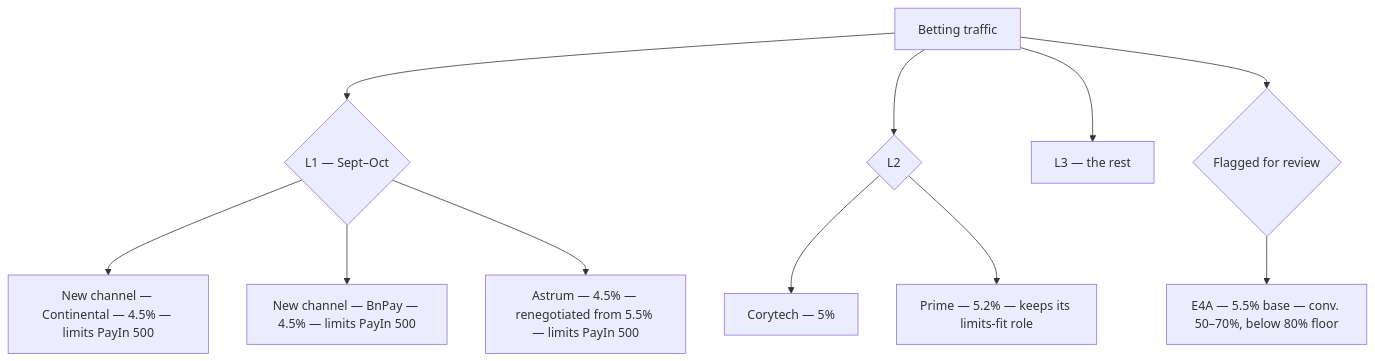
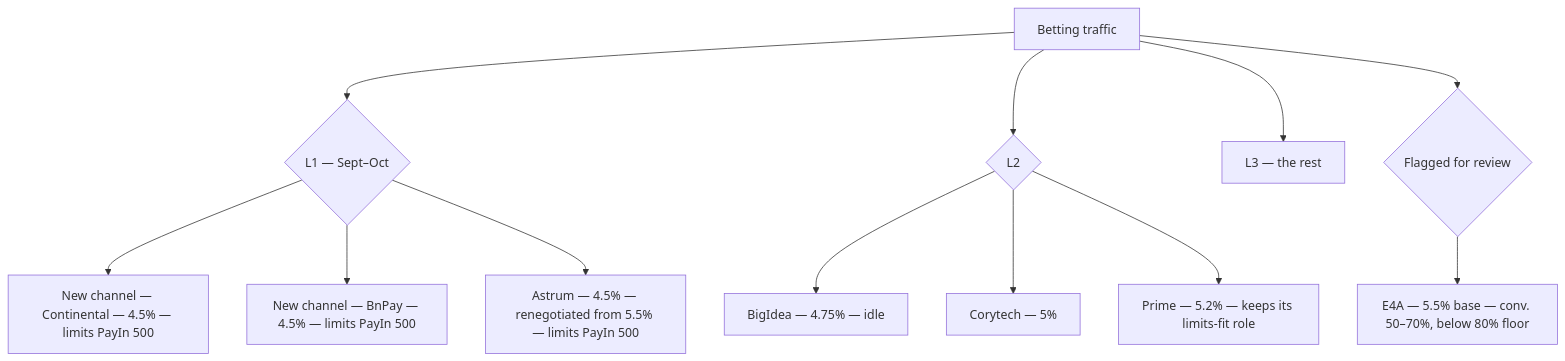
One commit to JoJ-se/incas-geo-expansion-pack changed the second of 9 diagrams in docs/payment_cascades.md. Above: the diagram before and after it, drawn with Mermaid. The commit also changed other lines of this file and 4 other files, not shown here.

First line of the commit message:
Full accuracy pass: fix missing BigIdea in Sept-Oct cascade, correct Inwizo Scenario B arithmetic, update stale README line

````diff
--- a/docs/payment_cascades.md
+++ b/docs/payment_cascades.md
@@ -37,13 +37,14 @@
 ```mermaid
 flowchart TD
     A[Betting traffic] --> L1{"L1 — Sept–Oct"}
     L1 --> Continental["New channel — Continental — 4.5% — limits PayIn 500"]
     L1 --> BnPay["New channel — BnPay — 4.5% — limits PayIn 500"]
     L1 --> Astrum["Astrum — 4.5% — renegotiated from 5.5% — limits PayIn 500"]
     A --> L2{"L2"}
+    L2 --> BigIdea["BigIdea — 4.75% — idle"]
     L2 --> Corytech["Corytech — 5%"]
     L2 --> Prime["Prime — 5.2% — keeps its limits-fit role"]
     A --> L3["L3 — the rest"]
     A --> Review{"Flagged for review"}
     Review --> E4A["E4A — 5.5% base — conv. 50–70%, below 80% floor"]
 ```
````
